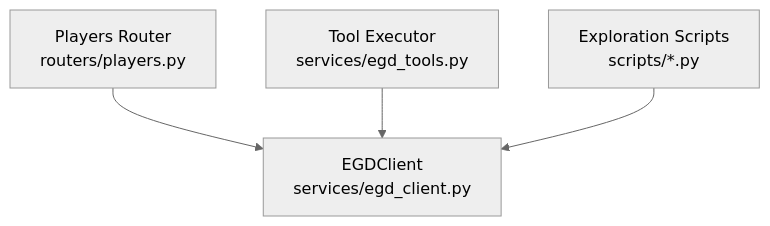
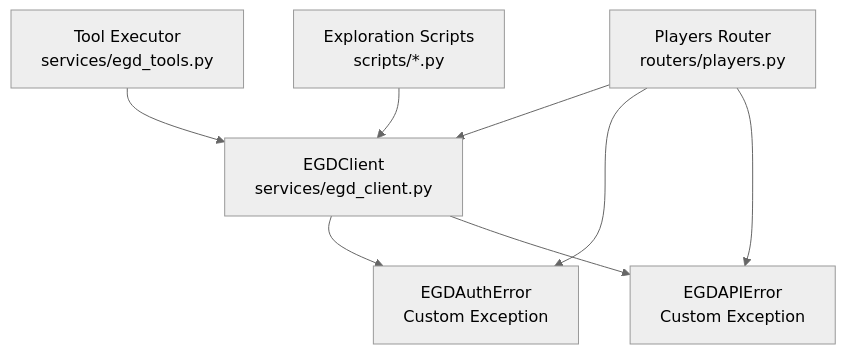
Before and after one commit to Ragnar1999/GoNow: the seventh of 7 diagrams in .qoder/repowiki/en/content/Backend Documentation/Service Layer/EGD Client.md, drawn with Mermaid (neutral theme). The commit also changed other lines of this file and 13 other files, not shown here.

````diff
--- a/.qoder/repowiki/en/content/Backend Documentation/Service Layer/EGD Client.md
+++ b/.qoder/repowiki/en/content/Backend Documentation/Service Layer/EGD Client.md
@@ -297,10 +440,16 @@
 ```mermaid
 graph TB
 EGDClient["EGDClient<br/>services/egd_client.py"]
 PlayersRouter["Players Router<br/>routers/players.py"]
 Tools["Tool Executor<br/>services/egd_tools.py"]
 Scripts["Exploration Scripts<br/>scripts/*.py"]
+EGDAuthError["EGDAuthError<br/>Custom Exception"]
+EGDAPIError["EGDAPIError<br/>Custom Exception"]
+EGDClient --> EGDAuthError
+EGDClient --> EGDAPIError
 PlayersRouter --> EGDClient
+PlayersRouter --> EGDAuthError
+PlayersRouter --> EGDAPIError
 Tools --> EGDClient
 Scripts --> EGDClient
 ```
````
